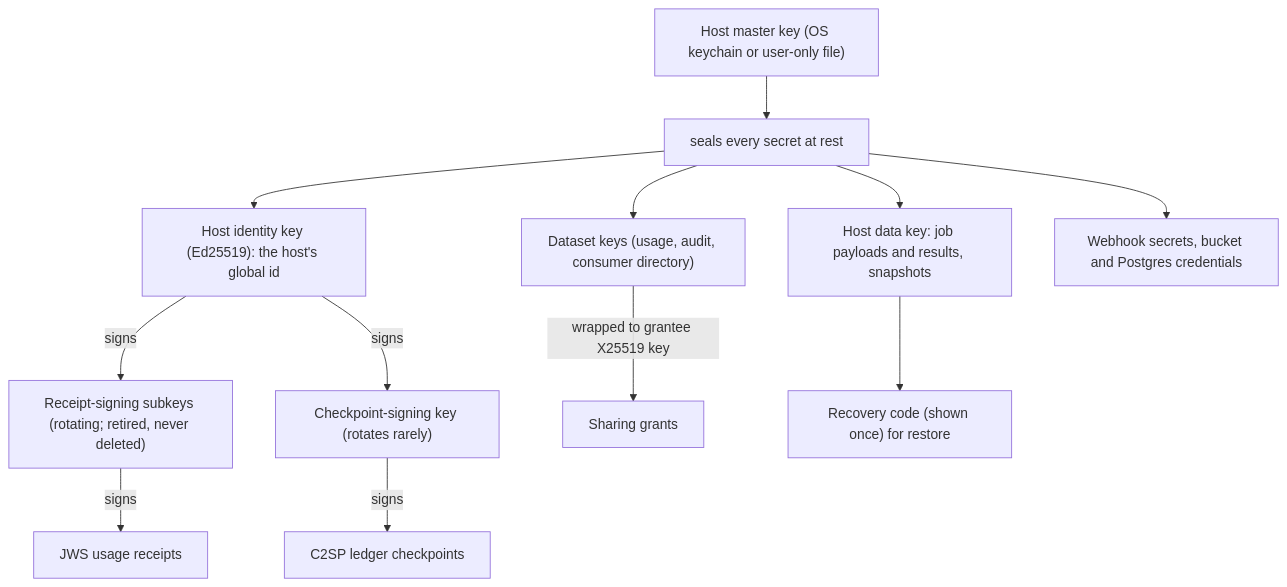
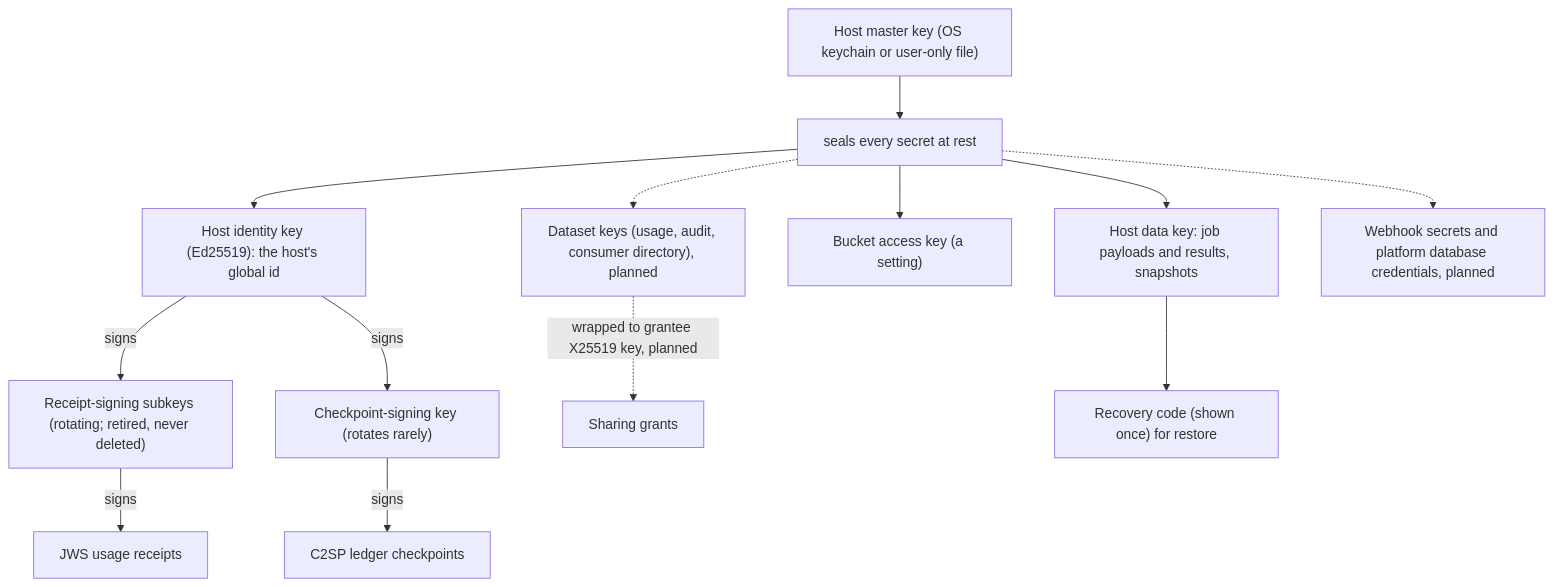
Before and after one commit to inCoderKaka/local-server: the tenth of 10 diagrams in docs/design_docs/lld.md, drawn with Mermaid. The commit also changed other lines of this file, not shown here.

First line of the commit message:
docs(platform): LLD reconciled with the code as built, module map includes webui (req_001 D-63, D-141)

````diff
--- a/docs/design_docs/lld.md
+++ b/docs/design_docs/lld.md
@@ -505,14 +588,15 @@
 ```mermaid
 flowchart TB
   MK["Host master key (OS keychain or user-only file)"] --> SEAL["seals every secret at rest"]
   SEAL --> ID["Host identity key (Ed25519): the host's global id"]
   SEAL --> DK["Host data key: job payloads and results, snapshots"]
-  SEAL --> DSK["Dataset keys (usage, audit, consumer directory)"]
-  SEAL --> WHS["Webhook secrets, bucket and Postgres credentials"]
+  SEAL --> BK["Bucket access key (a setting)"]
+  SEAL -.-> DSK["Dataset keys (usage, audit, consumer directory), planned"]
+  SEAL -.-> WHS["Webhook secrets and platform database credentials, planned"]
   ID -- signs --> RK["Receipt-signing subkeys (rotating; retired, never deleted)"]
   ID -- signs --> CK["Checkpoint-signing key (rotates rarely)"]
   CK -- signs --> CP["C2SP ledger checkpoints"]
   RK -- signs --> RCPT["JWS usage receipts"]
-  DSK -- "wrapped to grantee X25519 key" --> SG["Sharing grants"]
+  DSK -. "wrapped to grantee X25519 key, planned" .-> SG["Sharing grants"]
   DK --> RC["Recovery code (shown once) for restore"]
 ```
````
